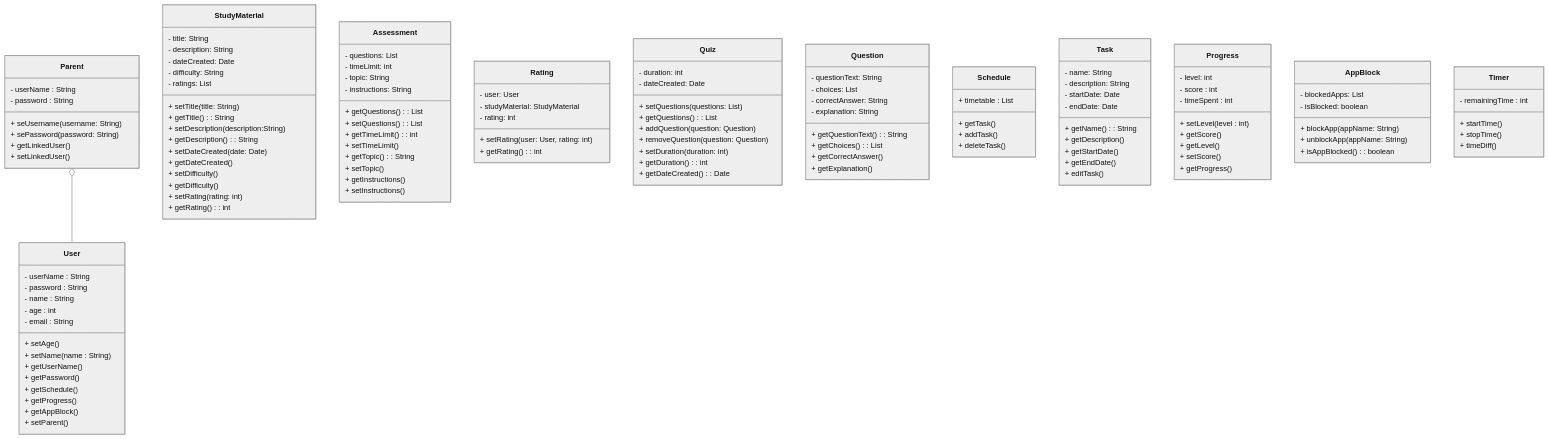
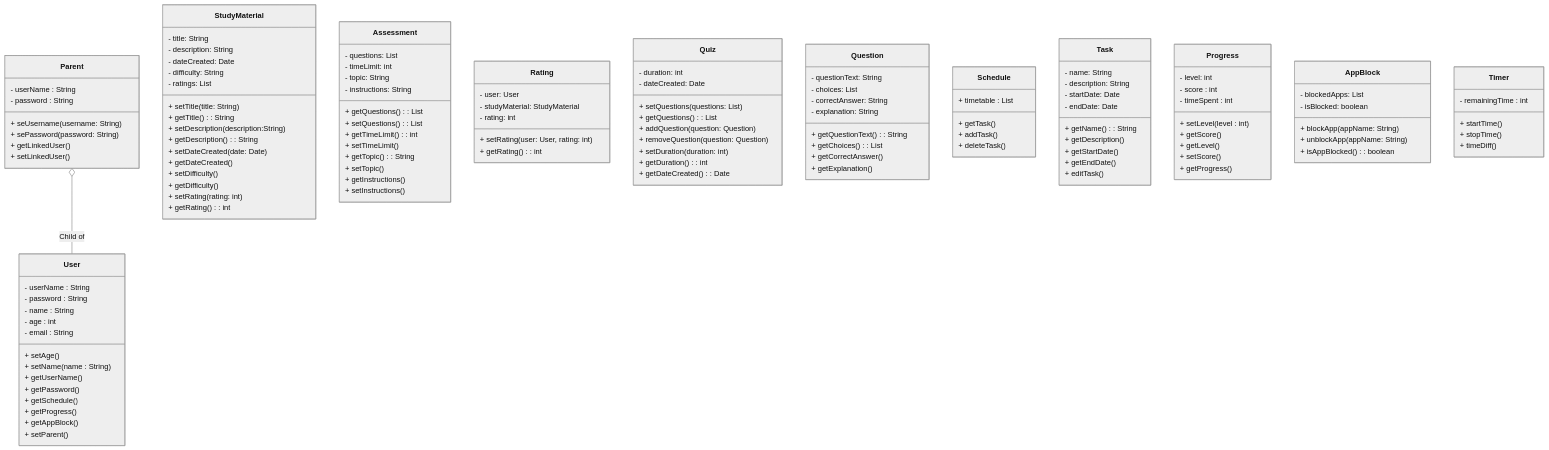
The diagram in UML.md (anony-hunter/test), drawn with Mermaid (neutral theme) before and after one commit.

````diff
--- a/UML.md
+++ b/UML.md
@@ -157,5 +157,5 @@
     + timeDiff()
 }
 
-Parent o-- User
+Parent o-- User: Child of
 ```
````
